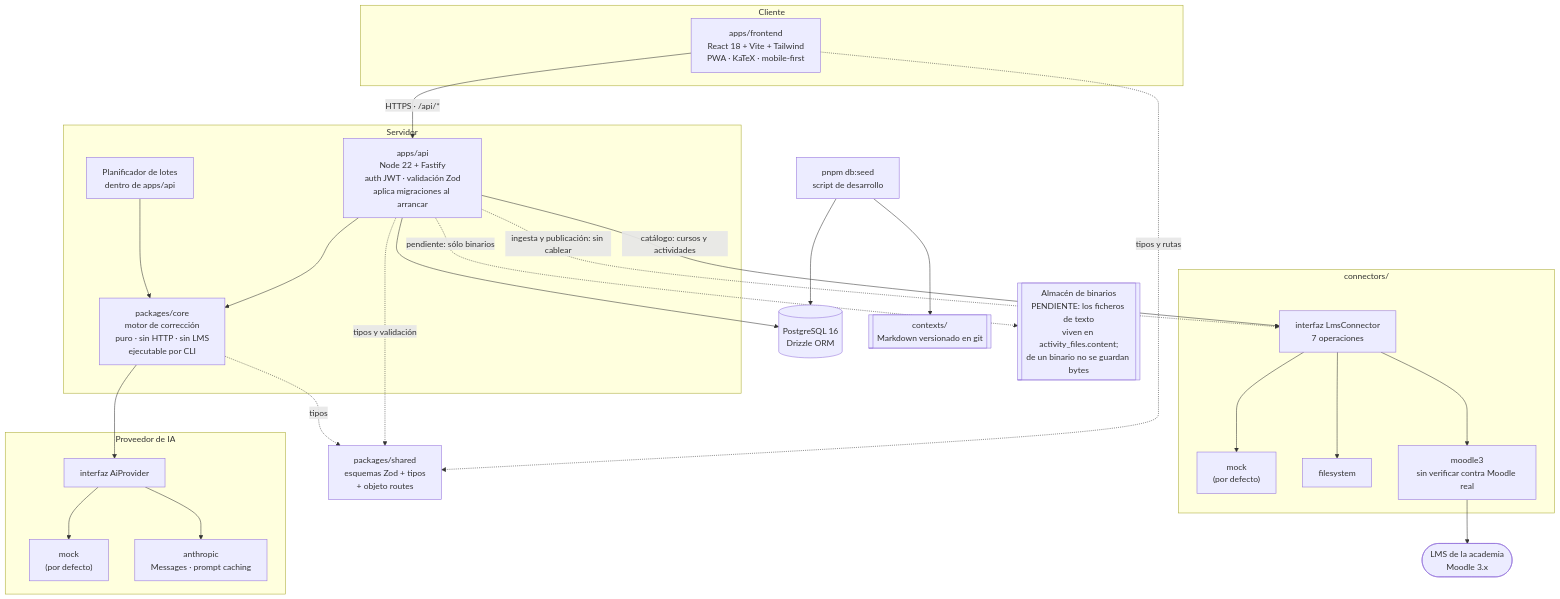
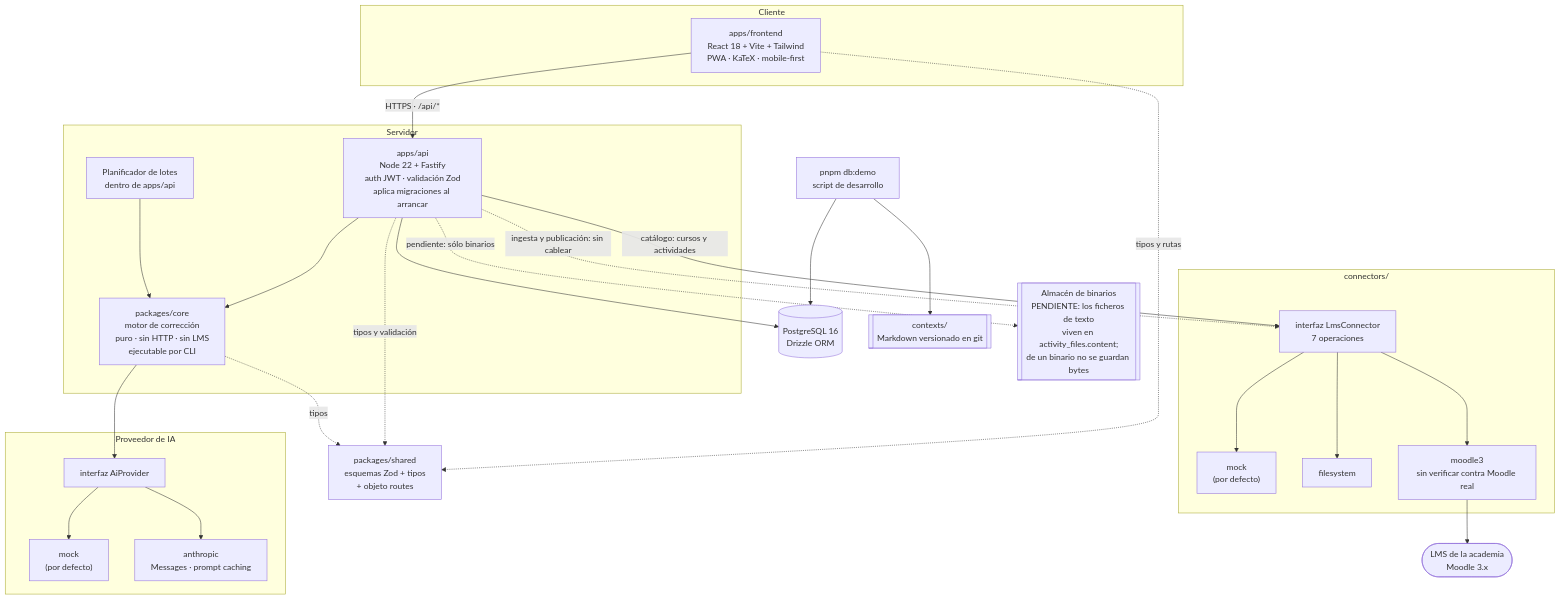
Before and after one commit to jamataran/vega: the first of 4 diagrams in docs/arquitectura.md, drawn with Mermaid. The commit also changed other lines of this file and 20 other files, not shown here.

````diff
--- a/docs/arquitectura.md
+++ b/docs/arquitectura.md
@@ -28,54 +28,54 @@
 ```mermaid
 graph TB
   subgraph cliente["Cliente"]
     PWA["apps/frontend<br/>React 18 + Vite + Tailwind<br/>PWA · KaTeX · mobile-first"]
   end
 
   subgraph servidor["Servidor"]
     API["apps/api<br/>Node 22 + Fastify<br/>auth JWT · validación Zod<br/>aplica migraciones al arrancar"]
     CORE["packages/core<br/>motor de corrección<br/>puro · sin HTTP · sin LMS<br/>ejecutable por CLI"]
     SCHED["Planificador de lotes<br/>dentro de apps/api"]
   end
 
   SHARED["packages/shared<br/>esquemas Zod + tipos<br/>+ objeto routes"]
 
   subgraph conectores["connectors/"]
     LMSIF["interfaz LmsConnector<br/>7 operaciones"]
     MOCK["mock<br/>(por defecto)"]
     FS["filesystem"]
     M3["moodle3<br/>sin verificar contra Moodle real"]
   end
 
   subgraph ia["Proveedor de IA"]
     AIIF["interfaz AiProvider"]
     AIMOCK["mock<br/>(por defecto)"]
     ANTH["anthropic<br/>Messages · prompt caching"]
   end
 
   DB[("PostgreSQL 16<br/>Drizzle ORM")]
-  SEED["pnpm db:seed<br/>script de desarrollo"]
+  SEED["pnpm db:demo<br/>script de desarrollo"]
   CTX[["contexts/<br/>Markdown versionado en git"]]
   FILES[["Almacén de binarios<br/>PENDIENTE: los ficheros de texto<br/>viven en activity_files.content;<br/>de un binario no se guardan bytes"]]
   LMS(["LMS de la academia<br/>Moodle 3.x"])
 
   PWA -->|"HTTPS · /api/*"| API
   PWA -.->|tipos y rutas| SHARED
   API -.->|tipos y validación| SHARED
   CORE -.->|tipos| SHARED
 
   API --> DB
   API --> CORE
   SCHED --> CORE
   API -.->|"pendiente: sólo binarios"| FILES
   SEED --> CTX
   SEED --> DB
   CORE --> AIIF
   AIIF --> AIMOCK
   AIIF --> ANTH
   API -->|"catálogo: cursos y actividades"| LMSIF
   API -.->|"ingesta y publicación: sin cablear"| LMSIF
   LMSIF --> MOCK
   LMSIF --> FS
   LMSIF --> M3
   M3 --> LMS
 ```
````
